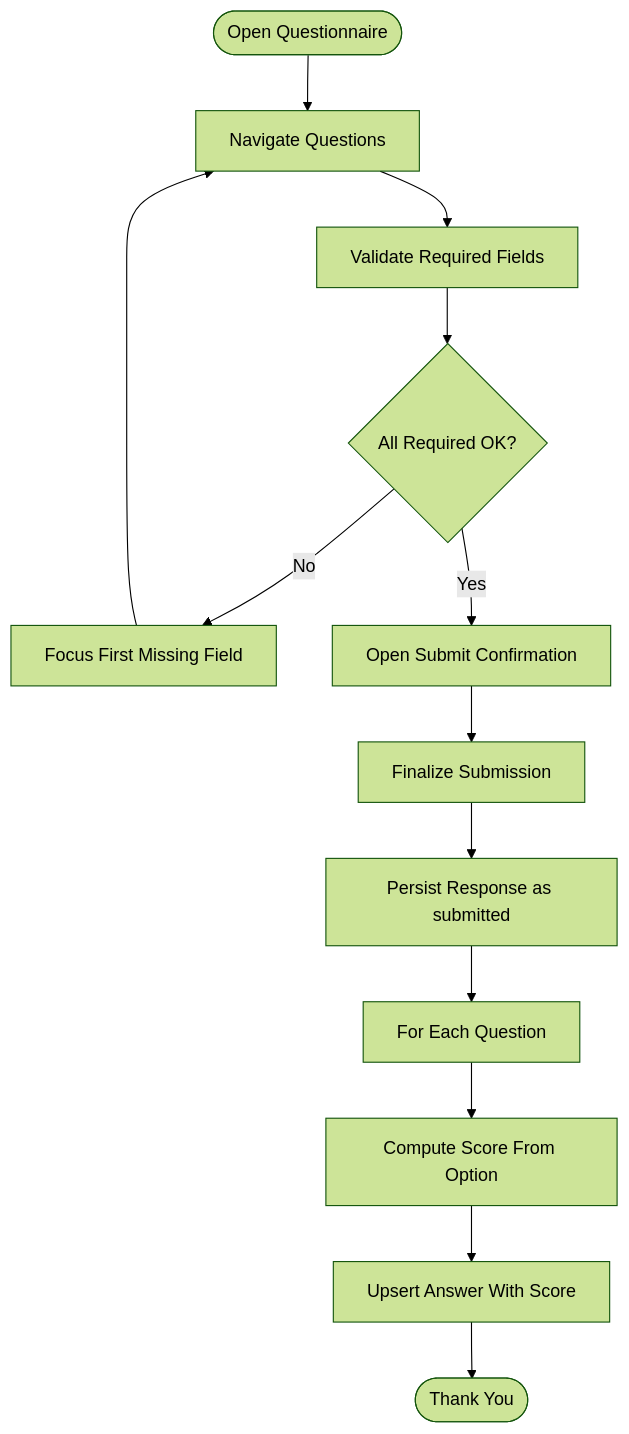
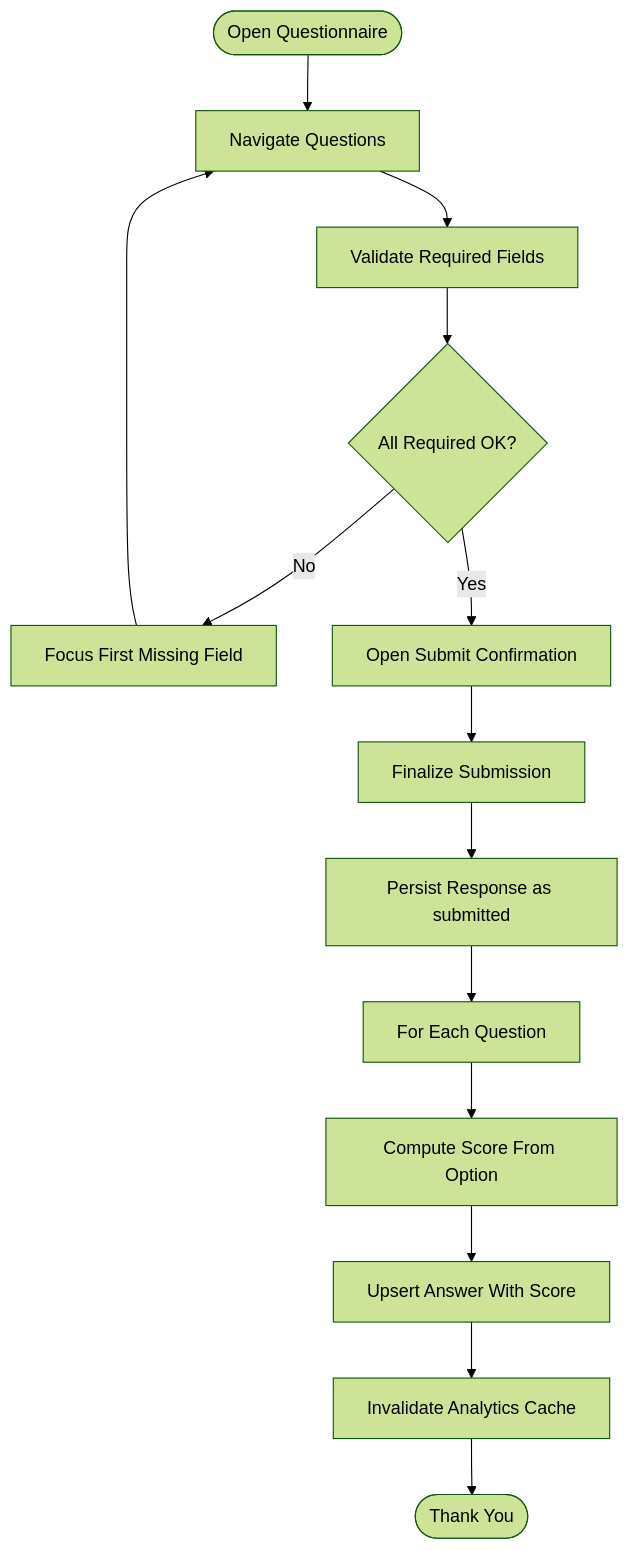
One commit to rudicatsmile/assesment360 changed the fifth of 7 diagrams in .qoder/repowiki/en/content/Core Features/Evaluation Workflows/Scoring Algorithm.md. Above: the diagram before and after it, drawn with Mermaid (forest theme). The commit also changed other lines of this file and 6 other files, not shown here.

````diff
--- a/.qoder/repowiki/en/content/Core Features/Evaluation Workflows/Scoring Algorithm.md
+++ b/.qoder/repowiki/en/content/Core Features/Evaluation Workflows/Scoring Algorithm.md
@@ -204,15 +367,16 @@
 ```mermaid
 flowchart TD
 Start(["Open Questionnaire"]) --> Navigate["Navigate Questions"]
 Navigate --> Validate["Validate Required Fields"]
 Validate --> Valid{"All Required OK?"}
 Valid --> |No| Focus["Focus First Missing Field"]
 Valid --> |Yes| Confirm["Open Submit Confirmation"]
 Confirm --> Finalize["Finalize Submission"]
 Finalize --> Persist["Persist Response as submitted"]
 Persist --> ScoreLoop["For Each Question"]
 ScoreLoop --> Compute["Compute Score From Option"]
 Compute --> Upsert["Upsert Answer With Score"]
-Upsert --> Done(["Thank You"])
+Upsert --> CacheInvalidation["Invalidate Analytics Cache"]
+CacheInvalidation --> Done(["Thank You"])
 Focus --> Navigate
 ```
````
